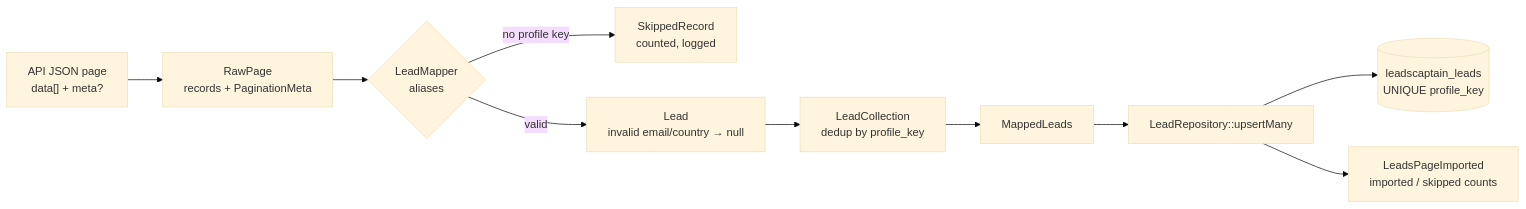
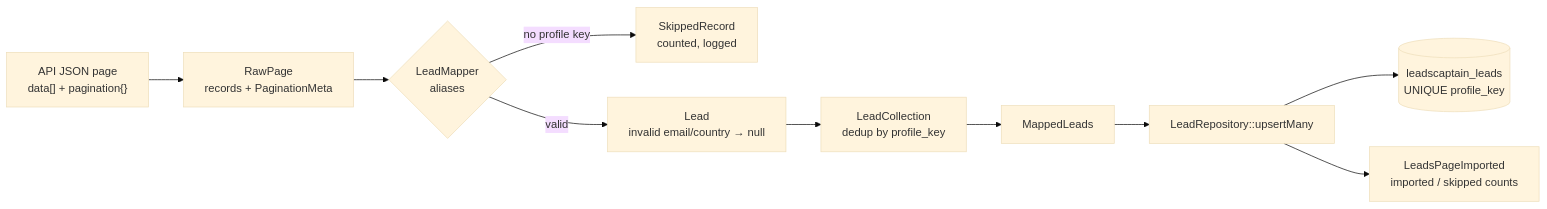
Before and after one commit to er-pkumar/leadscaptain-integration: the third of 11 diagrams in docs/architecture.md, drawn with Mermaid (base theme). The commit also changed other lines of this file, not shown here.

First line of the commit message:
docs: add architecture, data model and flow diagrams

````diff
--- a/docs/architecture.md
+++ b/docs/architecture.md
@@ -148,12 +148,12 @@
 ```mermaid
 flowchart LR
-    json["API JSON page<br/>data[] + meta?"] --> raw["RawPage<br/>records + PaginationMeta"]
+    json["API JSON page<br/>data[] + pagination{}"] --> raw["RawPage<br/>records + PaginationMeta"]
     raw --> mapper{"LeadMapper<br/>aliases"}
     mapper -- "no profile key" --> skip["SkippedRecord<br/>counted, logged"]
     mapper -- "valid" --> leadN["Lead<br/>invalid email/country → null"]
     leadN --> coll["LeadCollection<br/>dedup by profile_key"]
     coll --> mapped["MappedLeads"]
     mapped --> upsert["LeadRepository::upsertMany"]
     upsert --> table[("leadscaptain_leads<br/>UNIQUE profile_key")]
     upsert --> evt["LeadsPageImported<br/>imported / skipped counts"]
 ```
````
